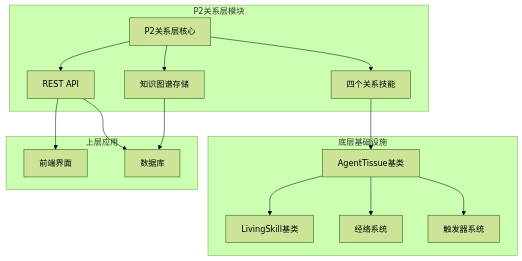
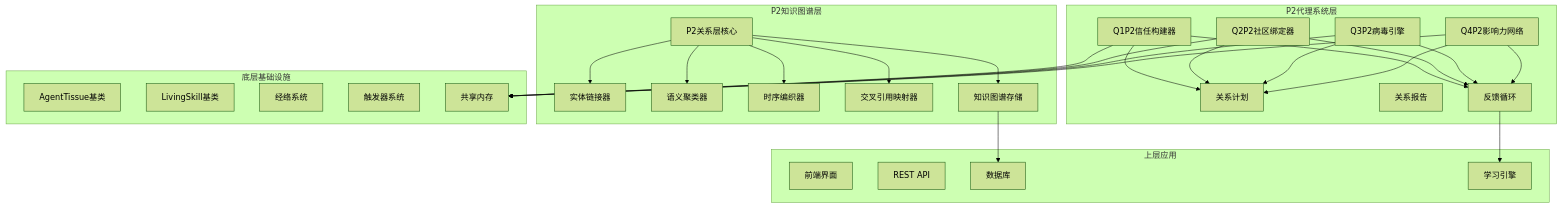
Before and after one commit to jackeyunjie/open-notebook: the first of 14 diagrams in .qoder/repowiki/zh/content/P2关系层.md, drawn with Mermaid (forest theme). The commit also changed other lines of this file and 51 other files, not shown here.

````diff
--- a/.qoder/repowiki/zh/content/P2关系层.md
+++ b/.qoder/repowiki/zh/content/P2关系层.md
@@ -41,30 +67,52 @@
 ```mermaid
 graph TB
-subgraph "P2关系层模块"
+subgraph "P2知识图谱层"
 P2Layer[P2关系层核心]
-Skills[四个关系技能]
-API[API端点]
-Storage[知识图谱存储]
+EntityLinker[实体链接器]
+SemanticCluster[语义聚类器]
+TemporalWeaver[时序编织器]
+CrossReference[交叉引用映射器]
+KnowledgeGraph[知识图谱存储]
+end
+subgraph "P2代理系统层"
+Q1P2[Q1P2信任构建器]
+Q2P2[Q2P2社区绑定器]
+Q3P2[Q3P2病毒引擎]
+Q4P2[Q4P2影响力网络]
+RelationshipPlan[关系计划]
+RelationshipReport[关系报告]
+FeedbackLoop[反馈循环]
 end
 subgraph "底层基础设施"
 AgentTissue[AgentTissue基类]
 LivingSkill[LivingSkill基类]
 Meridian[经络系统]
 Trigger[触发器系统]
+SharedMemory[共享内存]
 end
 subgraph "上层应用"
 Frontend[前端界面]
 API[REST API]
 Database[数据库]
+LearningEngine[学习引擎]
 end
-P2Layer --> Skills
-Skills --> AgentTissue
-AgentTissue --> LivingSkill
-P2Layer --> API
-API --> Frontend
-API --> Database
-P2Layer --> Storage
-Storage --> Database
-AgentTissue --> Meridian
-AgentTissue --> Trigger
+P2Layer --> EntityLinker
+P2Layer --> SemanticCluster
+P2Layer --> TemporalWeaver
+P2Layer --> CrossReference
+Q1P2 --> RelationshipPlan
+Q2P2 --> RelationshipPlan
+Q3P2 --> RelationshipPlan
+Q4P2 --> RelationshipPlan
+Q1P2 --> FeedbackLoop
+Q2P2 --> FeedbackLoop
+Q3P2 --> FeedbackLoop
+Q4P2 --> FeedbackLoop
+FeedbackLoop --> LearningEngine
+P2Layer --> KnowledgeGraph
+KnowledgeGraph --> Database
+Q1P2 --> SharedMemory
+Q2P2 --> SharedMemory
+Q3P2 --> SharedMemory
+Q4P2 --> SharedMemory
 ```
````
